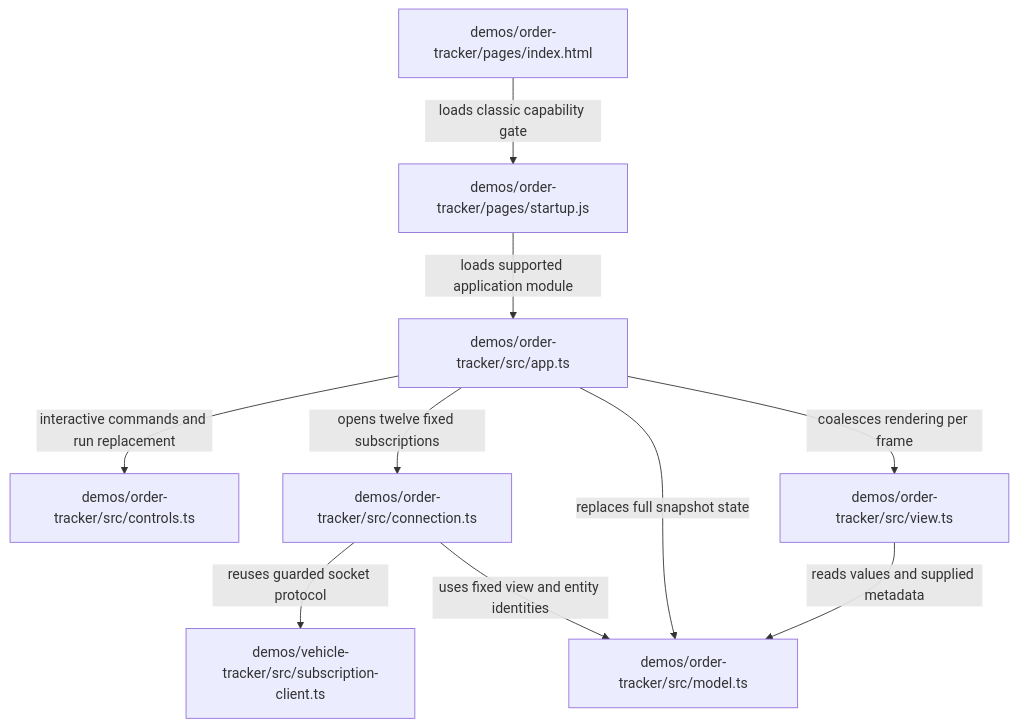
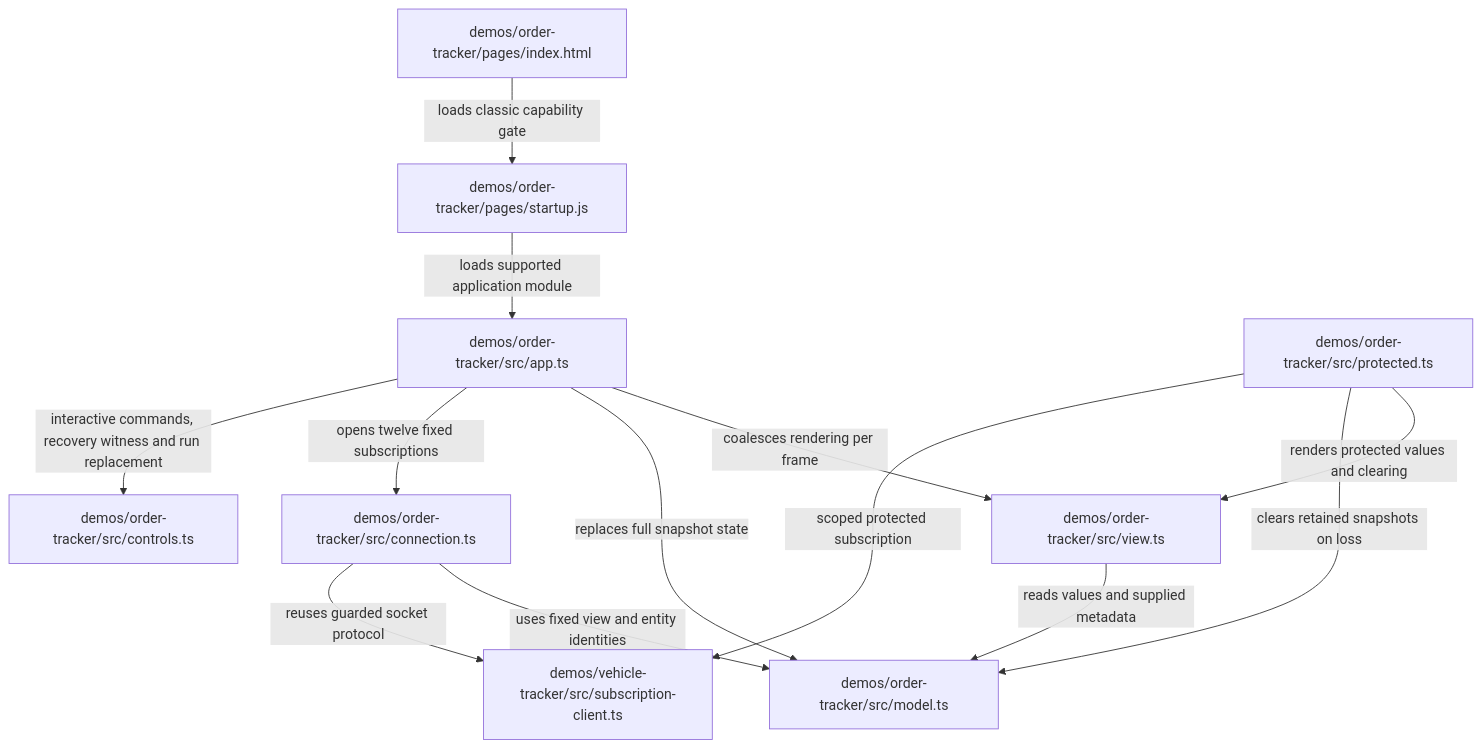
The diagram in demos/order-tracker/docs/source-map.md (sproates/zooglass), drawn with Mermaid before and after one commit. The commit also changed other lines of this file and 25 other files, not shown here.

Commit message:
Demonstrate durable Order recovery and protected access

````diff
--- a/demos/order-tracker/docs/source-map.md
+++ b/demos/order-tracker/docs/source-map.md
@@ -8,20 +8,24 @@
 ```mermaid
 flowchart TB
   html["demos/order-tracker/pages/index.html"]
   startup["demos/order-tracker/pages/startup.js"]
   app["demos/order-tracker/src/app.ts"]
   connection["demos/order-tracker/src/connection.ts"]
   controls["demos/order-tracker/src/controls.ts"]
-  app -->|interactive commands and run replacement| controls
+  app -->|interactive commands, recovery witness and run replacement| controls
+  protected["demos/order-tracker/src/protected.ts"]
+  protected -->|scoped protected subscription| protocol
+  protected -->|clears retained snapshots on loss| model
+  protected -->|renders protected values and clearing| view
   model["demos/order-tracker/src/model.ts"]
   view["demos/order-tracker/src/view.ts"]
   protocol["demos/vehicle-tracker/src/subscription-client.ts"]
   html -->|loads classic capability gate| startup
   startup -->|loads supported application module| app
   app -->|opens twelve fixed subscriptions| connection
   connection -->|reuses guarded socket protocol| protocol
   app -->|replaces full snapshot state| model
   app -->|coalesces rendering per frame| view
   view -->|reads values and supplied metadata| model
   connection -->|uses fixed view and entity identities| model
 ```
````
